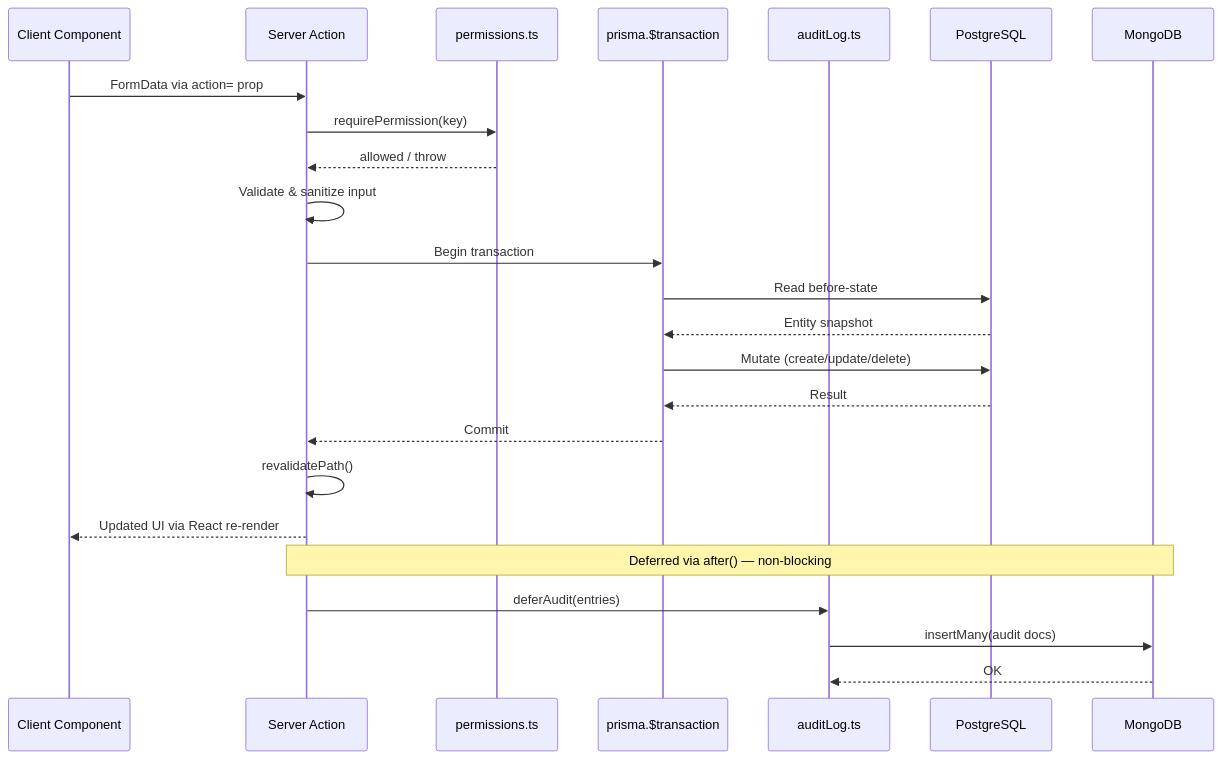
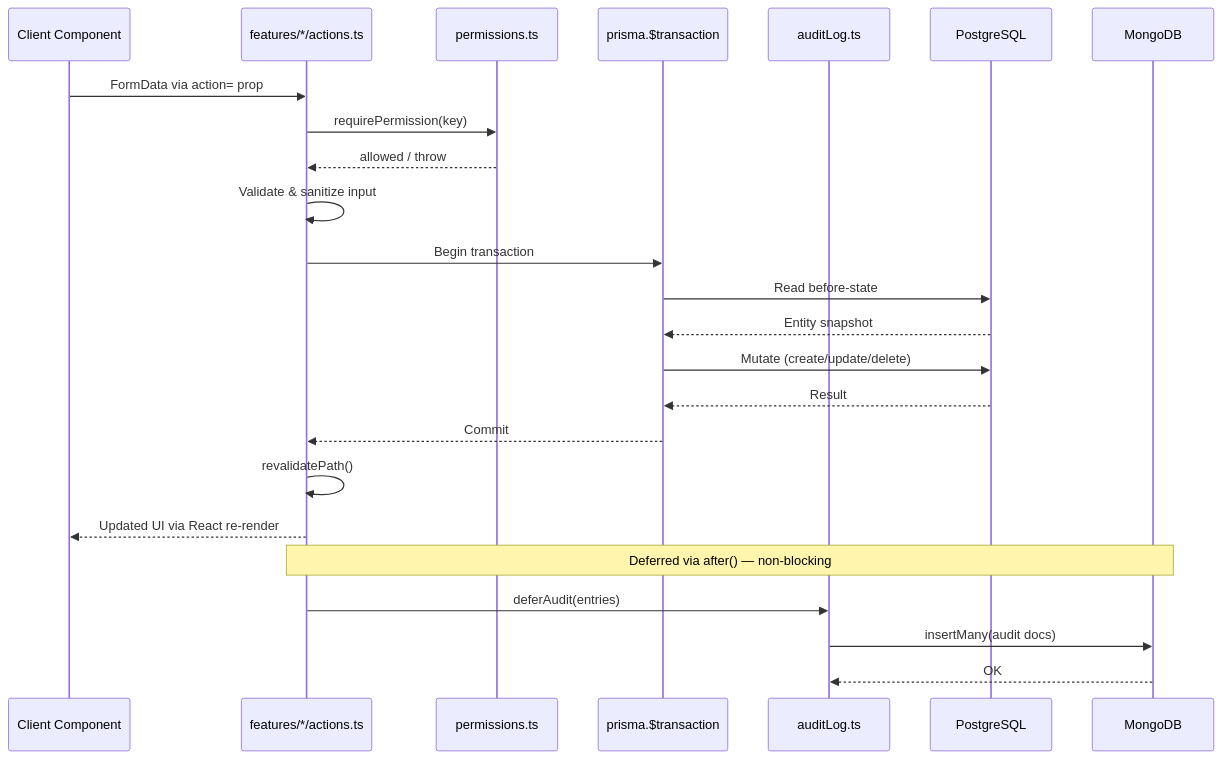
The fourth of 5 diagrams in docs/architecture.md (MikkoNumminen/HRManager), drawn with Mermaid before and after one commit. The commit also changed other lines of this file and 1 other file, not shown here.

First line of the commit message:
docs: update architecture diagrams and REVIEW.md for modular structure

````diff
--- a/docs/architecture.md
+++ b/docs/architecture.md
@@ -129,32 +129,32 @@
 ```mermaid
 sequenceDiagram
     participant C as Client Component
-    participant SA as Server Action
+    participant SA as features/*/actions.ts
     participant RBAC as permissions.ts
     participant TX as prisma.$transaction
     participant AL as auditLog.ts
     participant PG as PostgreSQL
     participant Mongo as MongoDB
 
     C->>SA: FormData via action= prop
     SA->>RBAC: requirePermission(key)
     RBAC-->>SA: allowed / throw
 
     SA->>SA: Validate & sanitize input
     SA->>TX: Begin transaction
 
     TX->>PG: Read before-state
     PG-->>TX: Entity snapshot
 
     TX->>PG: Mutate (create/update/delete)
     PG-->>TX: Result
 
     TX-->>SA: Commit
     SA->>SA: revalidatePath()
     SA-->>C: Updated UI via React re-render
 
     Note over SA,Mongo: Deferred via after() — non-blocking
     SA->>AL: deferAudit(entries)
     AL->>Mongo: insertMany(audit docs)
     Mongo-->>AL: OK
 ```
````
